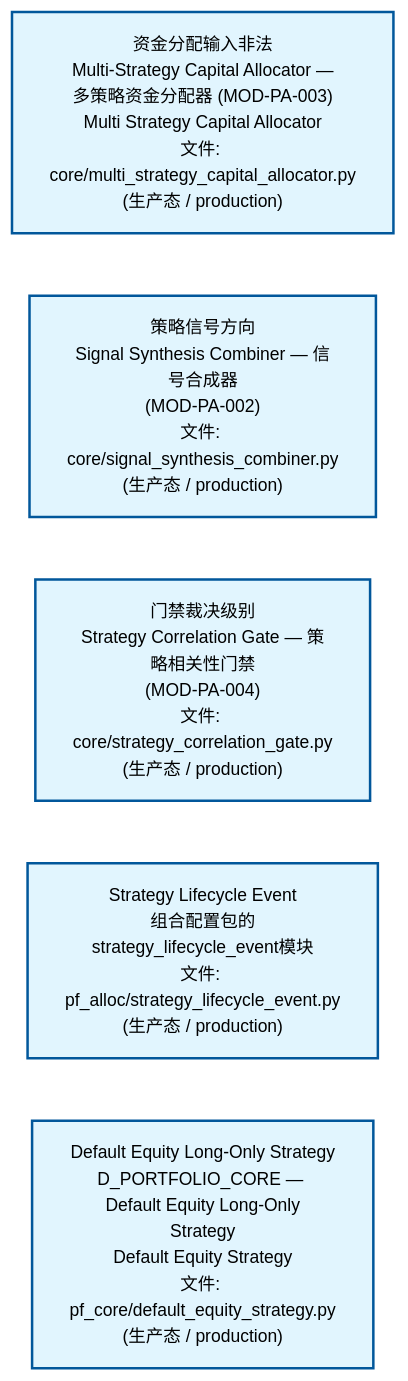
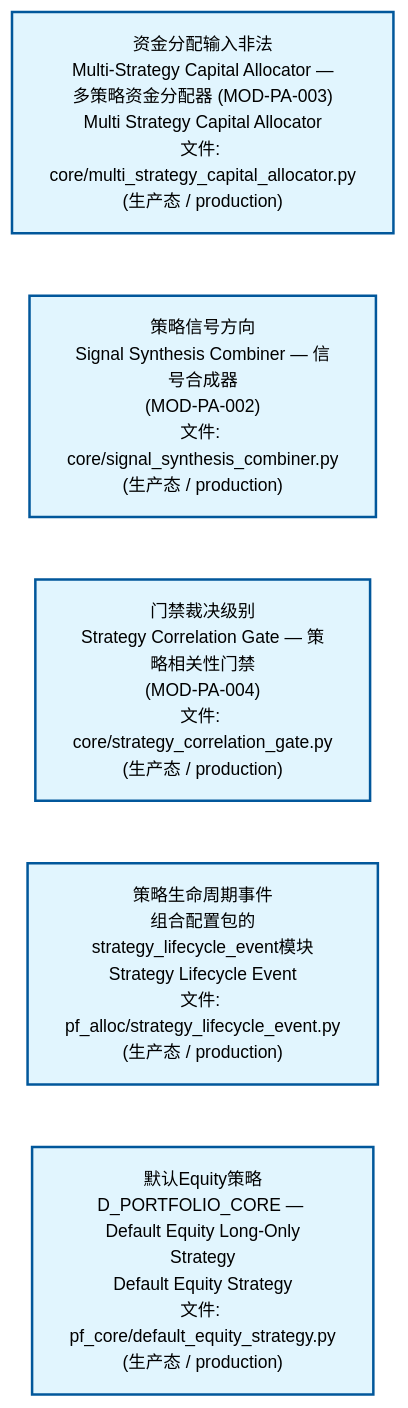
Before and after one commit to xuanFelixVan/ZephyrAlpha: the second of 4 diagrams in docs/02_enterprise_architecture/02_domain_architecture_docs/62_d_pf_alloc.md, drawn with Mermaid. The commit also changed other lines of this file and 56 other files, not shown here.

````diff
--- a/docs/02_enterprise_architecture/02_domain_architecture_docs/62_d_pf_alloc.md
+++ b/docs/02_enterprise_architecture/02_domain_architecture_docs/62_d_pf_alloc.md
@@ -96,18 +96,18 @@
 ```mermaid
 %%{init: {'theme': 'base', 'themeVariables': {'primaryColor': '#eaeaea', 'primaryTextColor': '#333333', 'primaryBorderColor': '#666666', 'lineColor': '#666666', 'secondaryColor': '#eaeaea', 'tertiaryColor': '#eaeaea', 'fontSize': '14px'}}}%%
 flowchart TD
     src_zephyr_pf_alloc_core_multi_strategy_capital_allocator_py["资金分配输入非法<br/>Multi-Strategy Capital Allocator —<br/>多策略资金分配器 (MOD-PA-003)<br/>Multi Strategy Capital Allocator<br/>文件: core/multi_strategy_capital_allocator.py<br/>(生产态 / production)"]
     src_zephyr_pf_alloc_core_signal_synthesis_combiner_py["策略信号方向<br/>Signal Synthesis Combiner — 信号合成器<br/>(MOD-PA-002)<br/>文件: core/signal_synthesis_combiner.py<br/>(生产态 / production)"]
     src_zephyr_pf_alloc_core_strategy_correlation_gate_py["门禁裁决级别<br/>Strategy Correlation Gate — 策略相关性门禁<br/>(MOD-PA-004)<br/>文件: core/strategy_correlation_gate.py<br/>(生产态 / production)"]
-    src_zephyr_pf_alloc_strategy_lifecycle_event_py["Strategy Lifecycle Event<br/>组合配置包的strategy_lifecycle_event模块<br/>文件: pf_alloc/strategy_lifecycle_event.py<br/>(生产态 / production)"]
-    src_zephyr_pf_core_default_equity_strategy_py["Default Equity Long-Only Strategy<br/>D_PORTFOLIO_CORE — Default Equity Long-Only<br/>Strategy<br/>Default Equity Strategy<br/>文件: pf_core/default_equity_strategy.py<br/>(生产态 / production)"]
+    src_zephyr_pf_alloc_strategy_lifecycle_event_py["策略生命周期事件<br/>组合配置包的strategy_lifecycle_event模块<br/>Strategy Lifecycle Event<br/>文件: pf_alloc/strategy_lifecycle_event.py<br/>(生产态 / production)"]
+    src_zephyr_pf_core_default_equity_strategy_py["默认Equity策略<br/>D_PORTFOLIO_CORE — Default Equity Long-Only<br/>Strategy<br/>Default Equity Strategy<br/>文件: pf_core/default_equity_strategy.py<br/>(生产态 / production)"]
     src_zephyr_pf_alloc_core_multi_strategy_capital_allocator_py ~~~ src_zephyr_pf_alloc_core_signal_synthesis_combiner_py
     src_zephyr_pf_alloc_core_signal_synthesis_combiner_py ~~~ src_zephyr_pf_alloc_core_strategy_correlation_gate_py
     src_zephyr_pf_alloc_core_strategy_correlation_gate_py ~~~ src_zephyr_pf_alloc_strategy_lifecycle_event_py
     src_zephyr_pf_alloc_strategy_lifecycle_event_py ~~~ src_zephyr_pf_core_default_equity_strategy_py
     classDef production fill:#e1f5fe,stroke:#01579b,stroke-width:2px,color:#000
     classDef design fill:#fff3e0,stroke:#e65100,stroke-width:2px,color:#000,stroke-dasharray: 5 5
     classDef external_prod fill:#e8f4fd,stroke:#0277bd,stroke-width:1px,color:#000
     classDef external_design fill:#fff8e7,stroke:#ef6c00,stroke-width:1px,color:#000,stroke-dasharray: 5 5
     class src_zephyr_pf_alloc_core_multi_strategy_capital_allocator_py,src_zephyr_pf_alloc_core_signal_synthesis_combiner_py,src_zephyr_pf_alloc_core_strategy_correlation_gate_py,src_zephyr_pf_alloc_strategy_lifecycle_event_py,src_zephyr_pf_core_default_equity_strategy_py production
 ```
````
